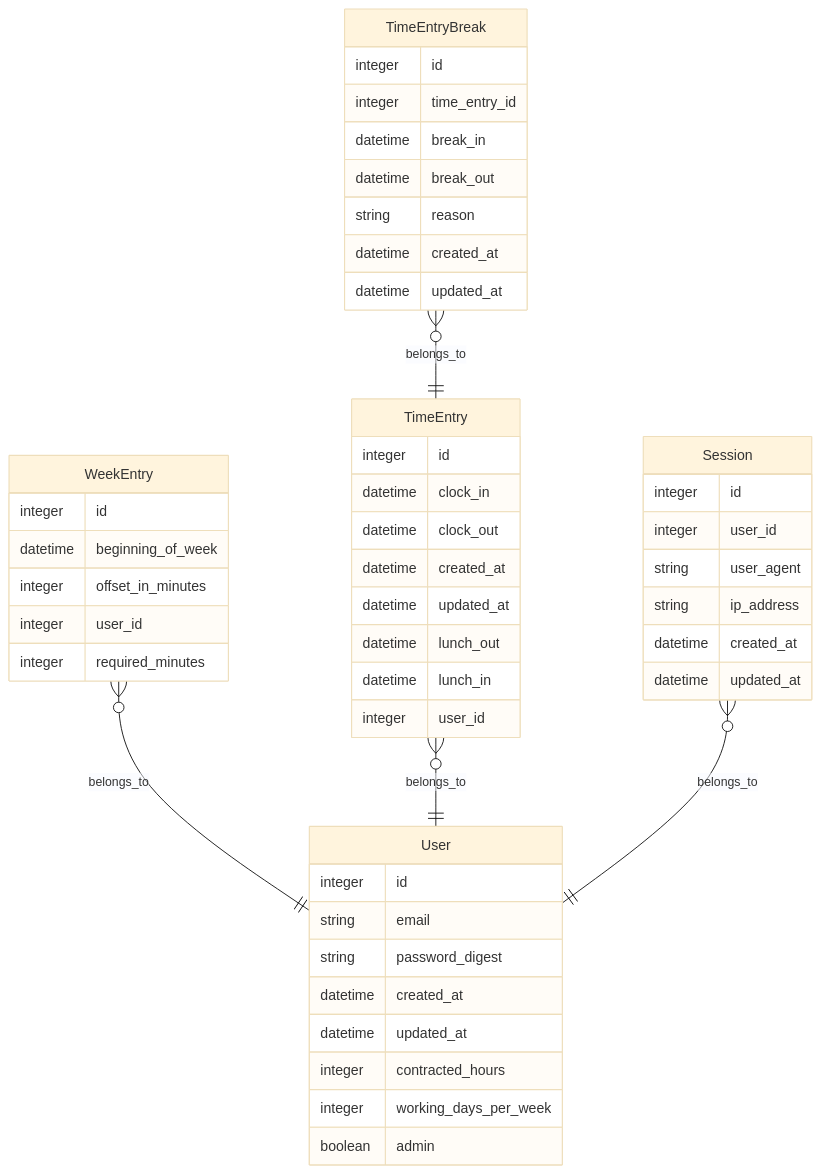
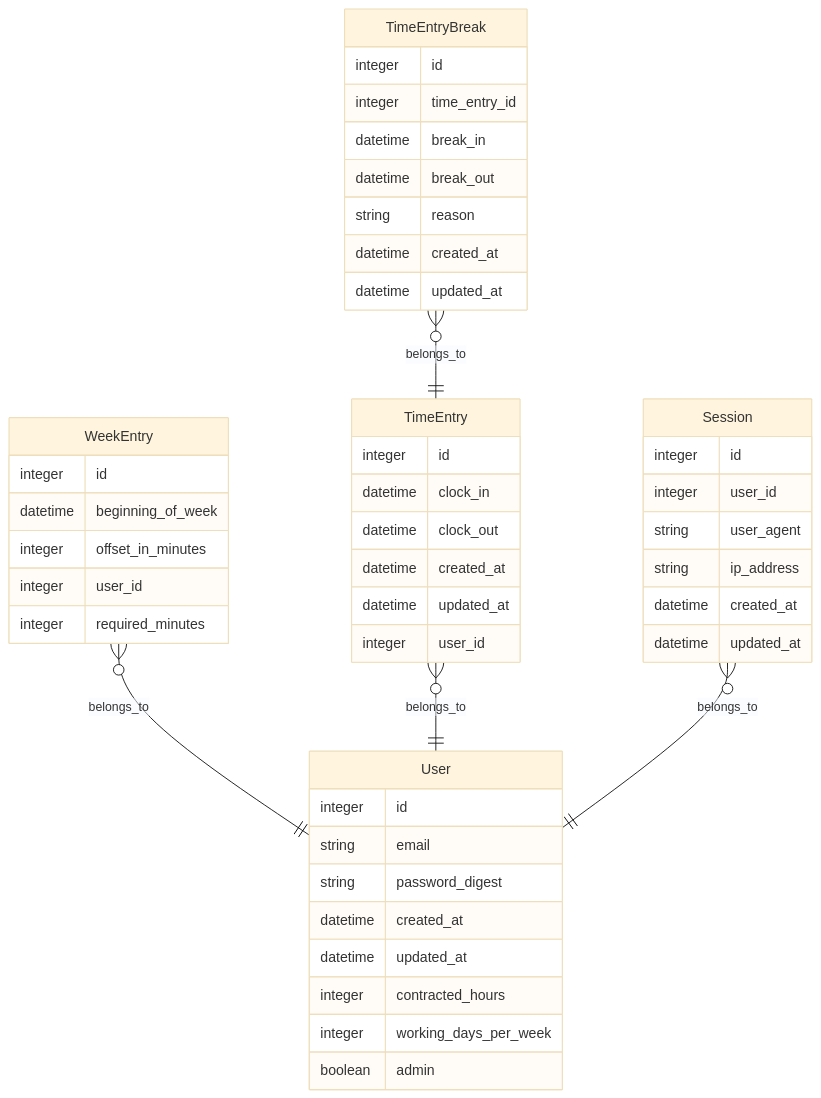
Before and after one commit to avinhurry/flexitime: the diagram in documentation/domain-model.md, drawn with Mermaid (base theme). The commit also changed 2 other files, not shown here.

Commit message:
Drop unused lunch columns

````diff
--- a/documentation/domain-model.md
+++ b/documentation/domain-model.md
@@ -1,51 +1,49 @@
 ```mermaid
 erDiagram
   WeekEntry {
     integer id
     datetime beginning_of_week
     integer offset_in_minutes
     integer user_id
     integer required_minutes
   }
   WeekEntry }o--|| User : belongs_to
   User {
     integer id
     string email
     string password_digest
     datetime created_at
     datetime updated_at
     integer contracted_hours
     integer working_days_per_week
     boolean admin
   }
   TimeEntryBreak {
     integer id
     integer time_entry_id
     datetime break_in
     datetime break_out
     string reason
     datetime created_at
     datetime updated_at
   }
   TimeEntryBreak }o--|| TimeEntry : belongs_to
   TimeEntry {
     integer id
     datetime clock_in
     datetime clock_out
     datetime created_at
     datetime updated_at
-    datetime lunch_out
-    datetime lunch_in
     integer user_id
   }
   TimeEntry }o--|| User : belongs_to
   Session {
     integer id
     integer user_id
     string user_agent
     string ip_address
     datetime created_at
     datetime updated_at
   }
   Session }o--|| User : belongs_to
 ```
````
